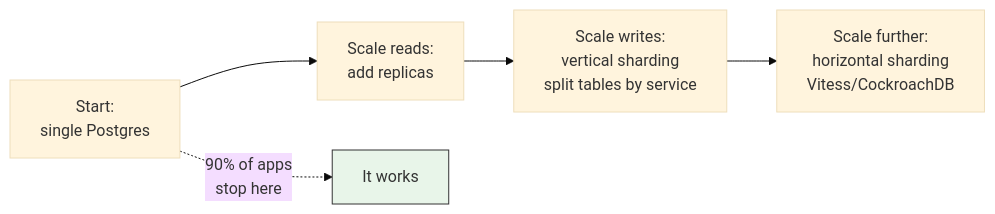
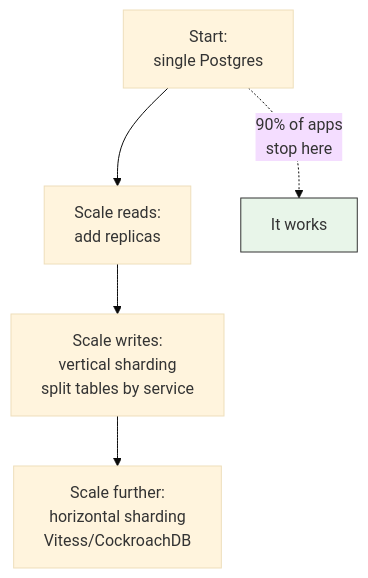
Before and after one commit to labeebahmad201/knowledge-base: diagram 26 of 36 in docs/software-engineering/sql-introduction.md, drawn with Mermaid (base theme). The commit also changed other lines of this file and 4 other files, not shown here.

````diff
--- a/docs/software-engineering/sql-introduction.md
+++ b/docs/software-engineering/sql-introduction.md
@@ -1531,8 +1531,8 @@
 ```mermaid
-flowchart LR
+flowchart TD
   S1["Start:<br/>single Postgres"] --> S2["Scale reads:<br/>add replicas"]
   S2 --> S3["Scale writes:<br/>vertical sharding<br/>split tables by service"]
   S3 --> S4["Scale further:<br/>horizontal sharding<br/>Vitess/CockroachDB"]
   S1 -.->|"90% of apps<br/>stop here"| DONE["It works"]
   style DONE fill:#e8f5e9,stroke:#333
 ```
````
